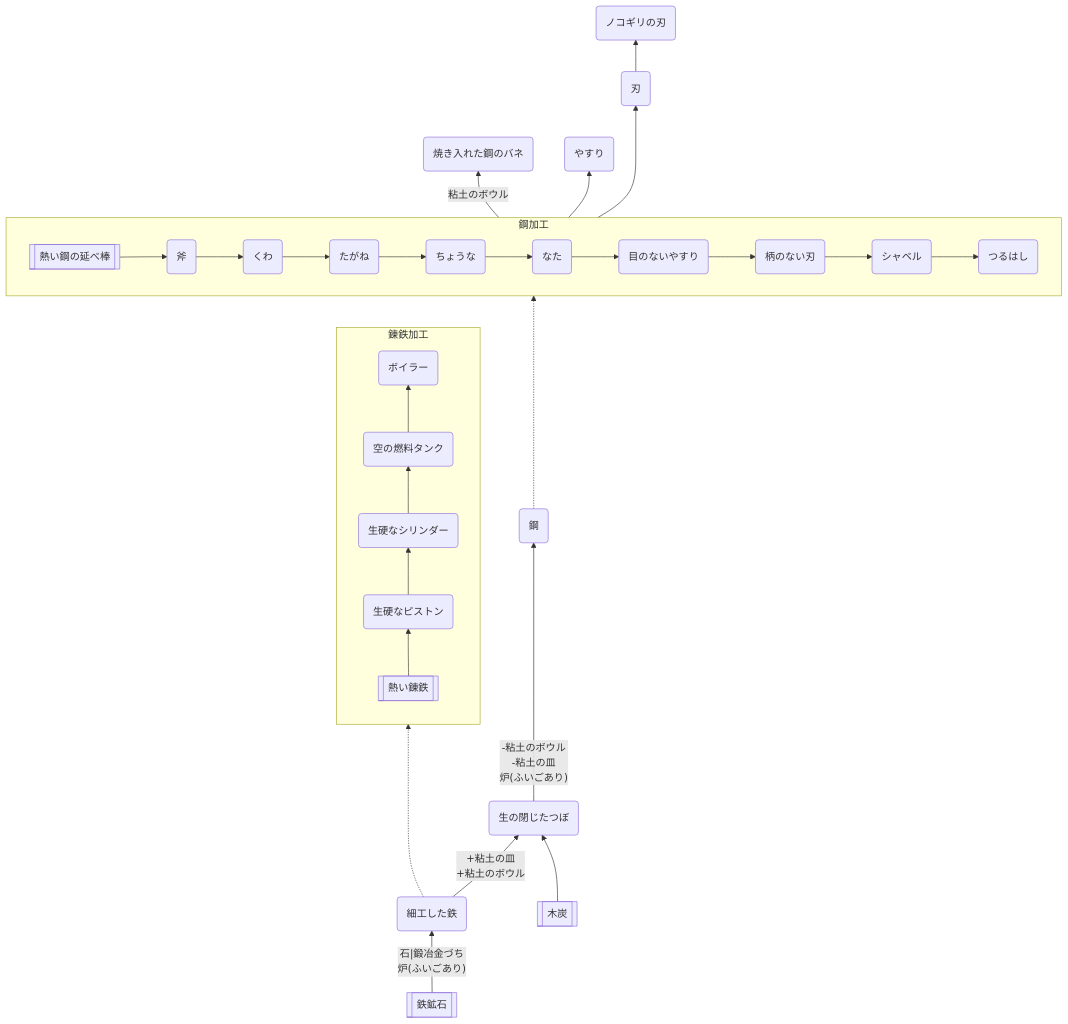
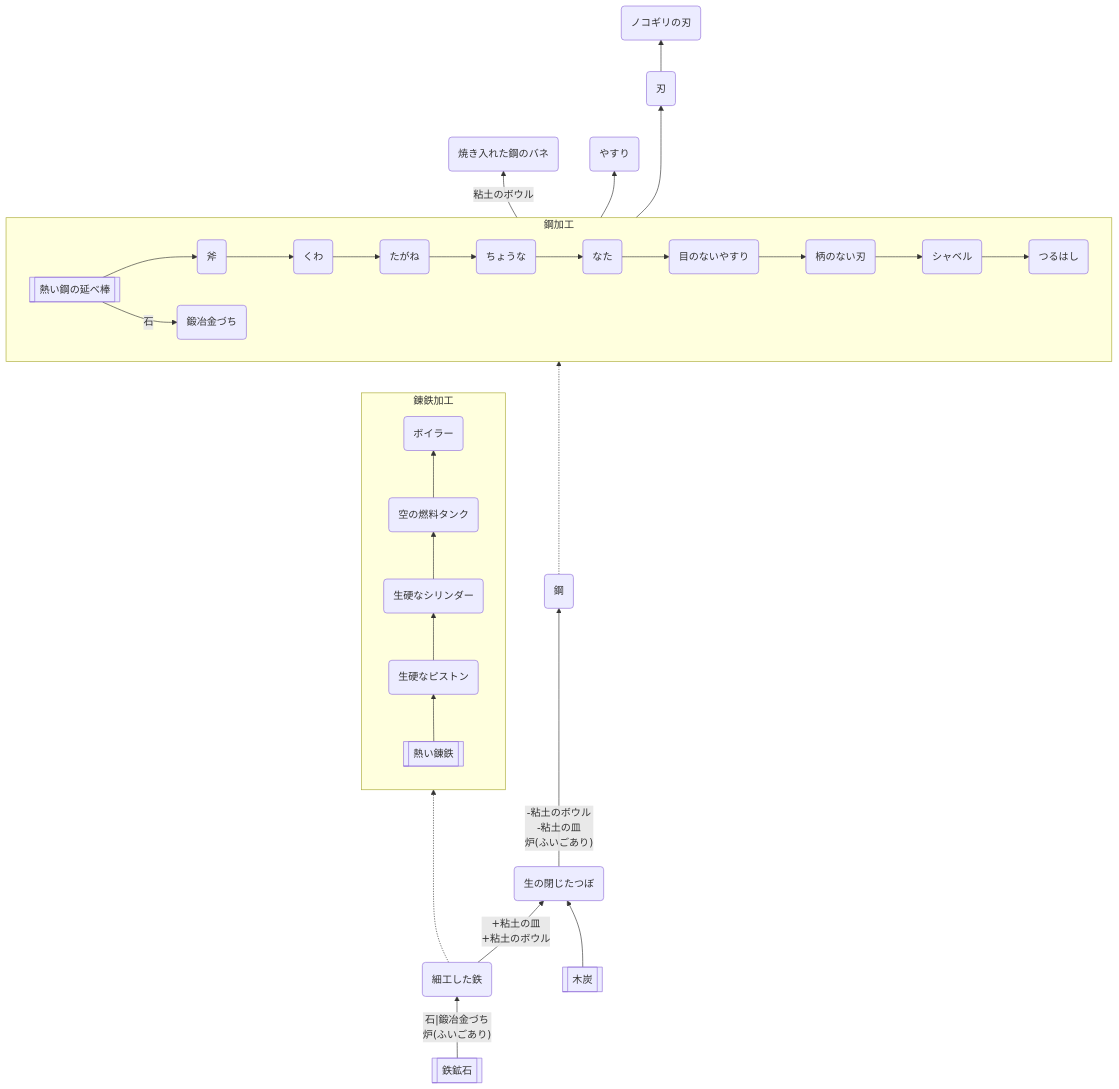
Before and after one commit to aya-0p/yah-craft-recipe: the diagram in Iron.md, drawn with Mermaid.

````diff
--- a/Iron.md
+++ b/Iron.md
@@ -2,40 +2,41 @@
 ```mermaid
 flowchart BT
 aaa[[鉄鉱石]]
 aab[[木炭]]
 aaa -->|"石|鍛冶金づち\n炉(ふいごあり)"| aba(細工した鉄)
 aba -->|"+粘土の皿\n+粘土のボウル"| abb(生の閉じたつぼ)
 aab --> abb
 abb -->|"-粘土のボウル\n-粘土の皿\n炉(ふいごあり)"| abc(鋼)
 
 subgraph b [鋼加工]
 direction LR
 ba[[熱い鋼の延べ棒]]
 ba --> bba(斧)
 bba --> bbb(くわ)
 bbb --> bbc(たがね)
 bbc --> bbd(ちょうな)
 bbd --> bbe(なた)
 bbe --> bbf(目のないやすり)
 bbf --> bbg(柄のない刃)
 bbg --> bbh(シャベル)
 bbh --> bbi(つるはし)
+ba -->|石| bbj(鍛冶金づち)
 end
 abc -.-> b
 
 bbg ---> abd(刃)
 abd --> abh(ノコギリの刃)
 bbg -->|粘土のボウル| abf(焼き入れた鋼のバネ)
 bbf --> abe(やすり)
 
 
 subgraph c [錬鉄加工]
 direction BT
 ca[[熱い錬鉄]]
 ca --> cba(生硬なピストン)
 cba --> cbb(生硬なシリンダー)
 cbb --> cbc(空の燃料タンク)
 cbc --> cbd(ボイラー)
 end
 aba -..-> c
 ```
````
